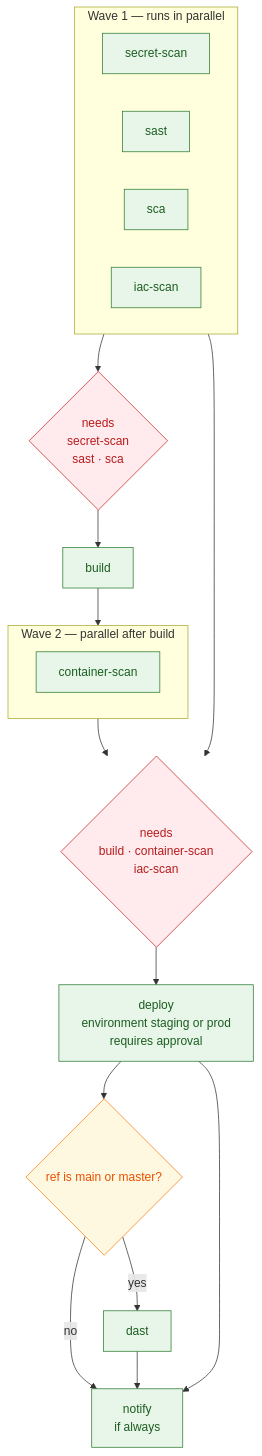
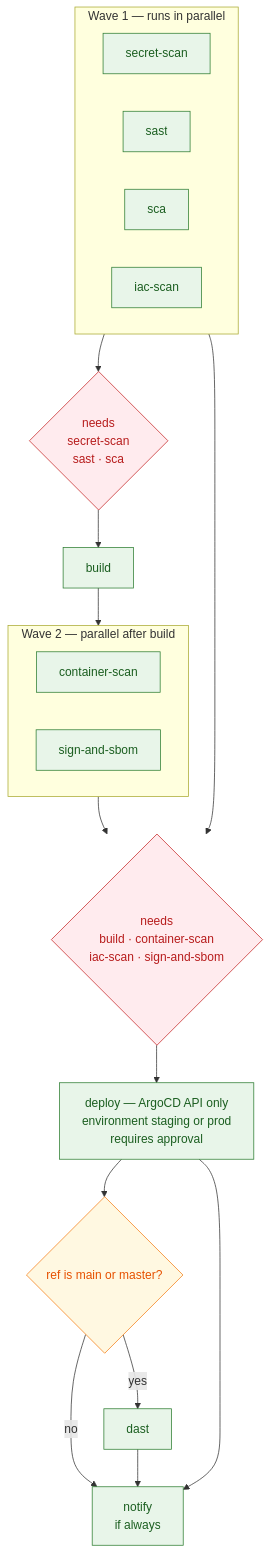
Before and after one commit to skondla/fastAPIWebApp: diagram 12 of 14 in README.md, drawn with Mermaid. The commit also changed other lines of this file and 11 other files, not shown here.

````diff
--- a/README.md
+++ b/README.md
@@ -1010,39 +1034,40 @@
 ```mermaid
 flowchart TB
     classDef parallel fill:#E8F5E9,stroke:#2E7D32,color:#1B5E20
     classDef gate fill:#FFEBEE,stroke:#C62828,color:#B71C1C
     classDef cond fill:#FFF8E1,stroke:#F57F17,color:#E65100
 
     subgraph WAVE1["Wave 1 — runs in parallel"]
         direction LR
         J1["secret-scan"]:::parallel
         J2["sast"]:::parallel
         J3["sca"]:::parallel
         J7["iac-scan"]:::parallel
     end
 
     GATE1{"needs<br/>secret-scan<br/>sast · sca"}:::gate
     WAVE1 --> GATE1
     GATE1 --> J4["build"]:::parallel
 
     subgraph WAVE2["Wave 2 — parallel after build"]
         direction LR
         J5["container-scan"]:::parallel
+        J10["sign-and-sbom"]:::parallel
     end
 
     J4 --> WAVE2
 
-    GATE2{"needs<br/>build · container-scan<br/>iac-scan"}:::gate
+    GATE2{"needs<br/>build · container-scan<br/>iac-scan · sign-and-sbom"}:::gate
     WAVE2 --> GATE2
     J7 --> GATE2
-    GATE2 --> J6["deploy<br/>environment staging or prod<br/>requires approval"]:::parallel
+    GATE2 --> J6["deploy — ArgoCD API only<br/>environment staging or prod<br/>requires approval"]:::parallel
 
     COND{"ref is main or master?"}:::cond
     J6 --> COND
     J8["dast"]:::parallel
     J9["notify<br/>if always"]:::parallel
     COND -->|"yes"| J8
     COND -->|"no"| J9
     J8 --> J9
     J6 --> J9
 ```
````
